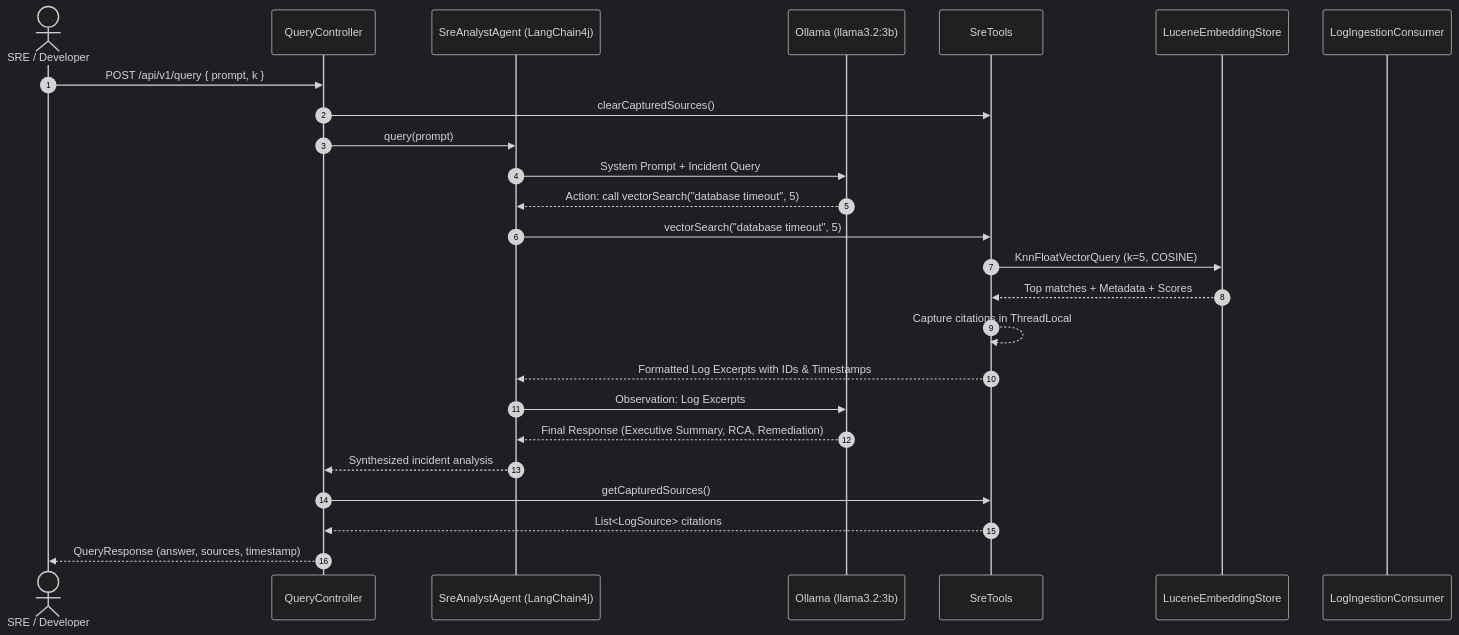
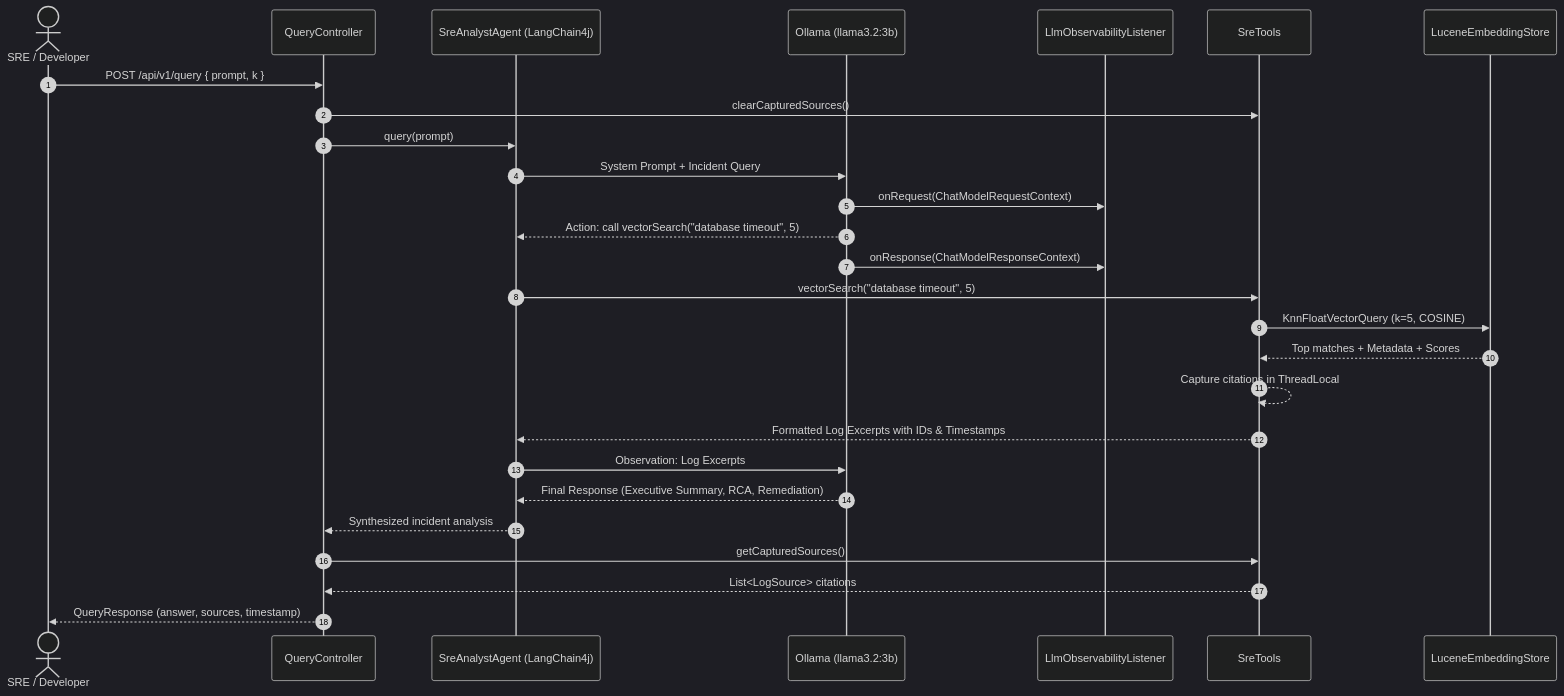
The second of 2 diagrams in docs/technical-guide.md (paololeidi/streaming-rag-java), drawn with Mermaid (dark theme) before and after one commit. The commit also changed other lines of this file and 43 other files, not shown here.

````diff
--- a/docs/technical-guide.md
+++ b/docs/technical-guide.md
@@ -137,28 +140,30 @@
 ```mermaid
 sequenceDiagram
     autonumber
     actor SRE as SRE / Developer
     participant QC as QueryController
     participant Agent as SreAnalystAgent (LangChain4j)
     participant LLM as Ollama (llama3.2:3b)
+    participant Obs as LlmObservabilityListener
     participant Tools as SreTools
     participant Lucene as LuceneEmbeddingStore
-    participant Kafka as LogIngestionConsumer
 
     SRE->>QC: POST /api/v1/query { prompt, k }
     QC->>Tools: clearCapturedSources()
     QC->>Agent: query(prompt)
     Agent->>LLM: System Prompt + Incident Query
+    LLM->>Obs: onRequest(ChatModelRequestContext)
     LLM-->>Agent: Action: call vectorSearch("database timeout", 5)
+    LLM->>Obs: onResponse(ChatModelResponseContext)
     Agent->>Tools: vectorSearch("database timeout", 5)
     Tools->>Lucene: KnnFloatVectorQuery (k=5, COSINE)
     Lucene-->>Tools: Top matches + Metadata + Scores
     Tools-->>Tools: Capture citations in ThreadLocal
     Tools-->>Agent: Formatted Log Excerpts with IDs & Timestamps
     Agent->>LLM: Observation: Log Excerpts
     LLM-->>Agent: Final Response (Executive Summary, RCA, Remediation)
     Agent-->>QC: Synthesized incident analysis
     QC->>Tools: getCapturedSources()
     Tools-->>QC: List<LogSource> citations
     QC-->>SRE: QueryResponse (answer, sources, timestamp)
 ```
````
